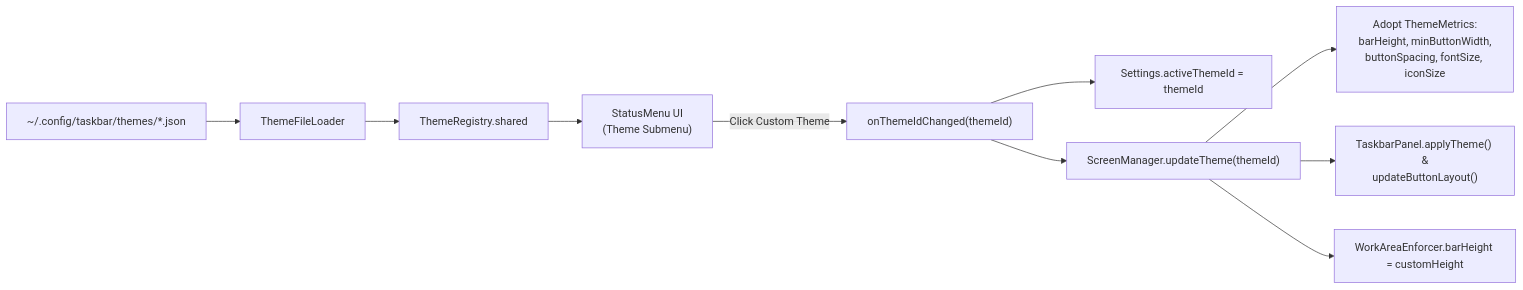
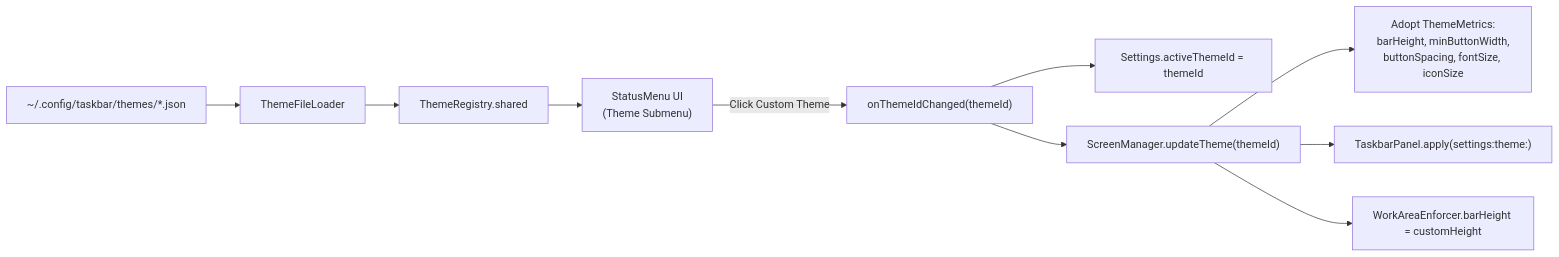
One commit to obertguo/macos-taskbar changed the fifth of 7 diagrams in docs/ARCHITECTURE.md. Above: the diagram before and after it, drawn with Mermaid. The commit also changed other lines of this file and 19 other files, not shown here.

````diff
--- a/docs/ARCHITECTURE.md
+++ b/docs/ARCHITECTURE.md
@@ -266,14 +266,14 @@
 ```mermaid
 flowchart LR
     Disk["~/.config/taskbar/themes/*.json"] --> Loader["ThemeFileLoader"]
     Loader --> Reg["ThemeRegistry.shared"]
     Reg --> Menu["StatusMenu UI<br/>(Theme Submenu)"]
     
     Menu -- "Click Custom Theme" --> IDChange["onThemeIdChanged(themeId)"]
     IDChange --> Settings["Settings.activeThemeId = themeId"]
     IDChange --> SM["ScreenManager.updateTheme(themeId)"]
     
     SM --> Metrics["Adopt ThemeMetrics:<br/>barHeight, minButtonWidth,<br/>buttonSpacing, fontSize, iconSize"]
-    SM --> Panels["TaskbarPanel.applyTheme() &<br/>updateButtonLayout()"]
+    SM --> Panels["TaskbarPanel.apply(settings:theme:)"]
     SM --> Nudger["WorkAreaEnforcer.barHeight = customHeight"]
 ```
````
